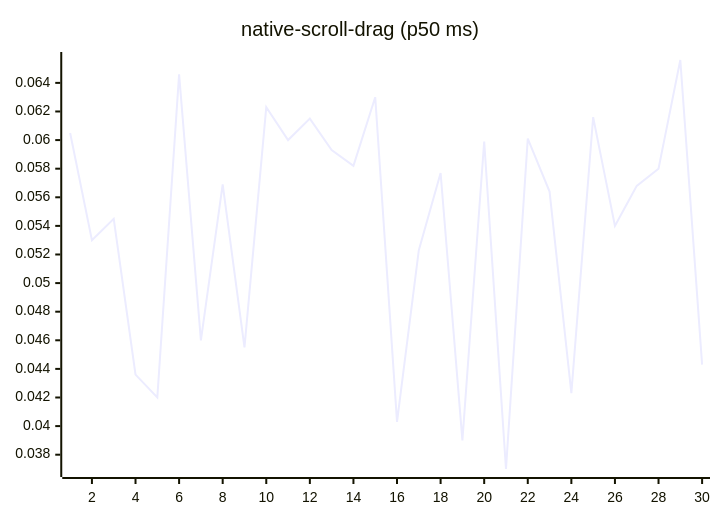
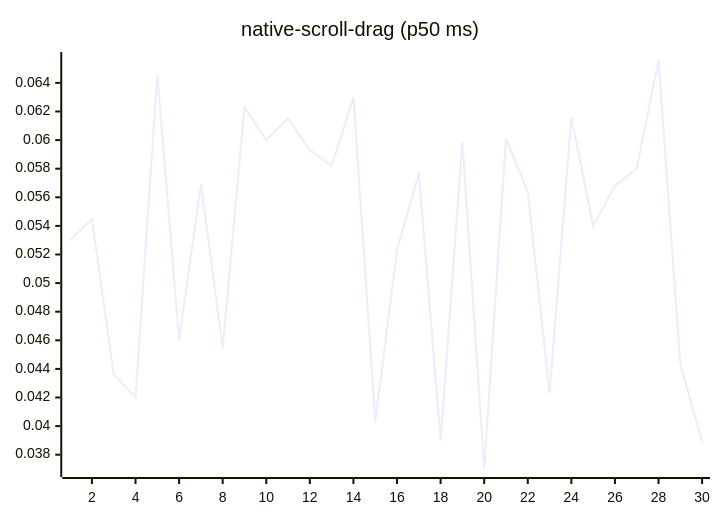
Diagram 14 of 27 in README.md (josha/Facet), drawn with Mermaid before and after one commit. The commit also changed other lines of this file and 2 other files, not shown here.

````diff
--- a/README.md
+++ b/README.md
@@ -154,6 +154,6 @@
 ```mermaid
 xychart-beta
     title "native-scroll-drag (p50 ms)"
     x-axis 1 --> 30
-    line [0.0605, 0.0530, 0.0545, 0.0436, 0.0420, 0.0646, 0.0460, 0.0569, 0.0455, 0.0623, 0.0600, 0.0615, 0.0593, 0.0582, 0.0630, 0.0403, 0.0523, 0.0577, 0.0390, 0.0599, 0.0370, 0.0601, 0.0564, 0.0423, 0.0616, 0.0540, 0.0568, 0.0580, 0.0656, 0.0443]
+    line [0.0530, 0.0545, 0.0436, 0.0420, 0.0646, 0.0460, 0.0569, 0.0455, 0.0623, 0.0600, 0.0615, 0.0593, 0.0582, 0.0630, 0.0403, 0.0523, 0.0577, 0.0390, 0.0599, 0.0370, 0.0601, 0.0564, 0.0423, 0.0616, 0.0540, 0.0568, 0.0580, 0.0656, 0.0443, 0.0389]
 ```
````
